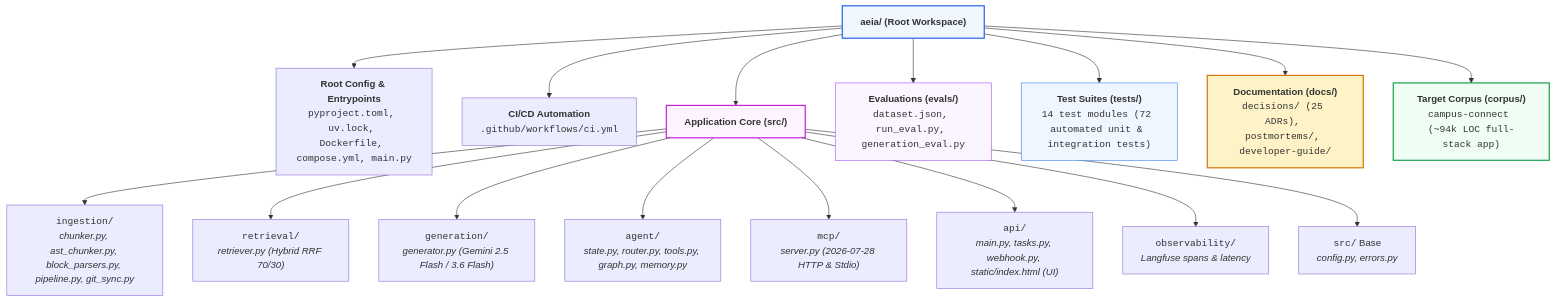
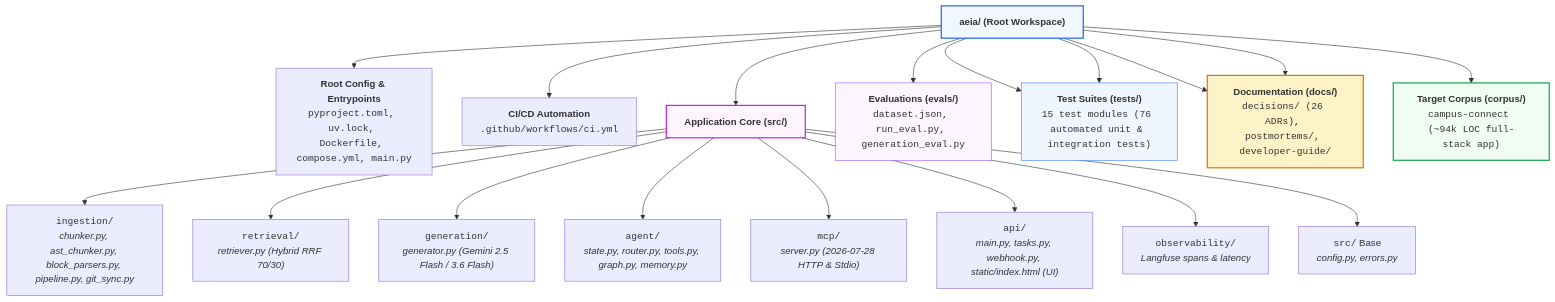
Before and after one commit to krotrn/campus-connect-ai: the third of 3 diagrams in docs/developer-guide/README.md, drawn with Mermaid. The commit also changed other lines of this file and 34 other files, not shown here.

````diff
--- a/docs/developer-guide/README.md
+++ b/docs/developer-guide/README.md
@@ -125,28 +126,30 @@
 ```mermaid
 flowchart TD
     Root["<b>aeia/ (Root Workspace)</b>"]
 
     Root --> Cfg["<b>Root Config & Entrypoints</b><br/><code>pyproject.toml, uv.lock, Dockerfile, compose.yml, main.py</code>"]
     Root --> CI["<b>CI/CD Automation</b><br/><code>.github/workflows/ci.yml</code>"]
     Root --> Src["<b>Application Core (src/)</b>"]
     Root --> Evals["<b>Evaluations (evals/)</b><br/><code>dataset.json, run_eval.py, generation_eval.py</code>"]
     Root --> Tests["<b>Test Suites (tests/)</b><br/><code>14 test modules (72 automated unit & integration tests)</code>"]
     Root --> Docs["<b>Documentation (docs/)</b><br/><code>decisions/ (25 ADRs), postmortems/, developer-guide/</code>"]
+    Root --> Tests["<b>Test Suites (tests/)</b><br/><code>15 test modules (76 automated unit & integration tests)</code>"]
+    Root --> Docs["<b>Documentation (docs/)</b><br/><code>decisions/ (26 ADRs), postmortems/, developer-guide/</code>"]
     Root --> Corpus["<b>Target Corpus (corpus/)</b><br/><code>campus-connect (~94k LOC full-stack app)</code>"]
 
     Src --> S_Ingest["<code>ingestion/</code><br/><i>chunker.py, ast_chunker.py, block_parsers.py, pipeline.py, git_sync.py</i>"]
     Src --> S_Ret["<code>retrieval/</code><br/><i>retriever.py (Hybrid RRF 70/30)</i>"]
     Src --> S_Gen["<code>generation/</code><br/><i>generator.py (Gemini 2.5 Flash / 3.6 Flash)</i>"]
     Src --> S_Agent["<code>agent/</code><br/><i>state.py, router.py, tools.py, graph.py, memory.py</i>"]
     Src --> S_Mcp["<code>mcp/</code><br/><i>server.py (2026-07-28 HTTP & Stdio)</i>"]
     Src --> S_Api["<code>api/</code><br/><i>main.py, tasks.py, webhook.py, static/index.html (UI)</i>"]
     Src --> S_Obs["<code>observability/</code><br/><i>Langfuse spans & latency</i>"]
     Src --> S_Base["<code>src/</code> Base<br/><i>config.py, errors.py</i>"]
 
     style Root fill:#f0f7ff,stroke:#2563eb,stroke-width:2px
     style Src fill:#fdf4ff,stroke:#c026d3,stroke-width:2px
     style Corpus fill:#f0fdf4,stroke:#16a34a,stroke-width:2px
     style Docs fill:#fef3c7,stroke:#d97706,stroke-width:2px
     style Tests fill:#eff6ff,stroke:#3b82f6,stroke-width:1px
     style Evals fill:#faf5ff,stroke:#a855f7,stroke-width:1px
 ```
````
